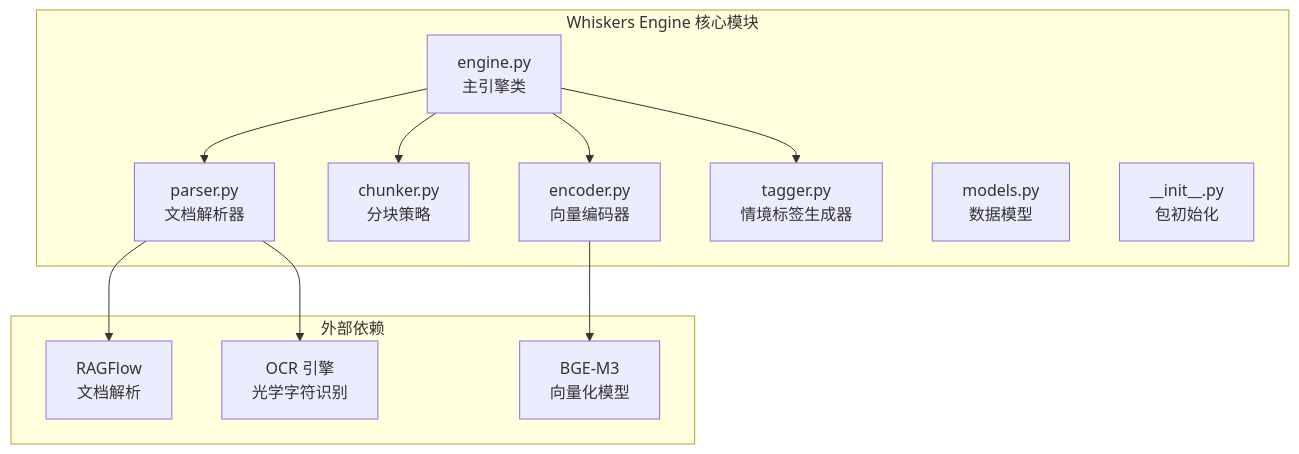
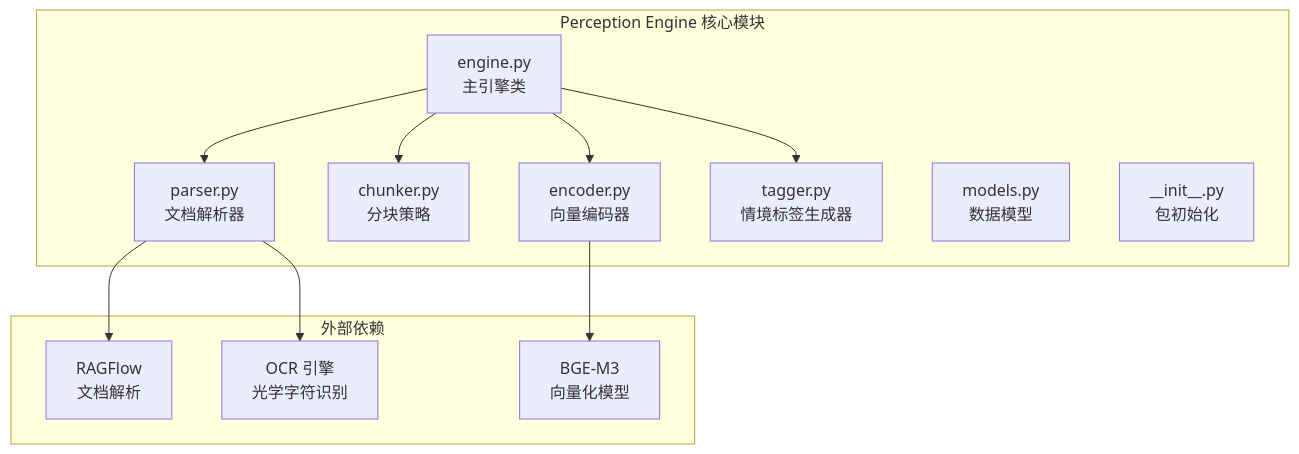
The first of 6 diagrams in .qoder/repowiki/zh/content/核心模块详解/Whiskers Engine - 感知层/Whiskers Engine - 感知层.md (JieGaoPrinceton/NecoRAG), drawn with Mermaid before and after one commit. The commit also changed other lines of this file and 23 other files, not shown here.

````diff
--- a/.qoder/repowiki/zh/content/核心模块详解/Whiskers Engine - 感知层/Whiskers Engine - 感知层.md
+++ b/.qoder/repowiki/zh/content/核心模块详解/Whiskers Engine - 感知层/Whiskers Engine - 感知层.md
@@ -39,24 +50,24 @@
 ```mermaid
 graph TB
-subgraph "Whiskers Engine 核心模块"
+subgraph "Perception Engine 核心模块"
 A[engine.py<br/>主引擎类]
 B[parser.py<br/>文档解析器]
 C[chunker.py<br/>分块策略]
 D[encoder.py<br/>向量编码器]
 E[tagger.py<br/>情境标签生成器]
 F[models.py<br/>数据模型]
 G[__init__.py<br/>包初始化]
 end
 subgraph "外部依赖"
 H[RAGFlow<br/>文档解析]
 I[BGE-M3<br/>向量化模型]
 J[OCR 引擎<br/>光学字符识别]
 end
 A --> B
 A --> C
 A --> D
 A --> E
 B --> H
 D --> I
 B --> J
 ```
````
